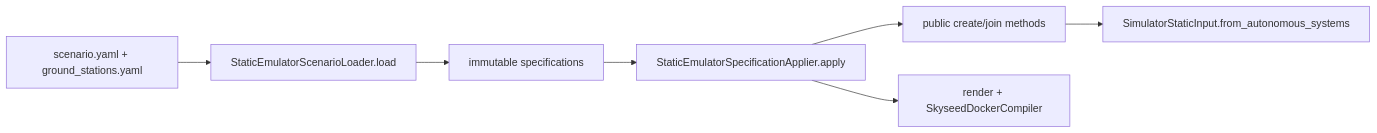
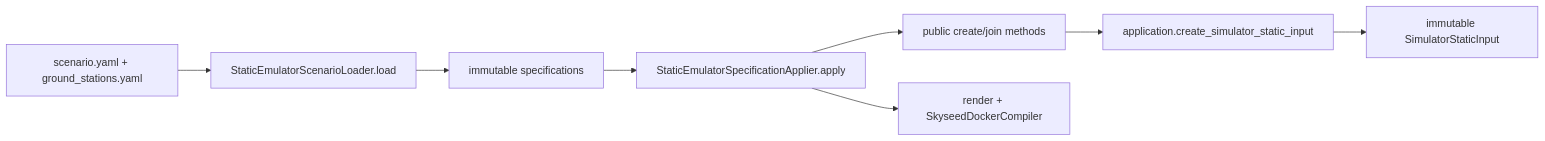
One commit to seed-labs/skyseed changed the fifth of 7 diagrams in skyseed_v2/docs/architecture/diagrams.md. Above: the diagram before and after it, drawn with Mermaid. The commit also changed other lines of this file and 47 other files, not shown here.

Commit message:
Keep Simulator static inputs independent from Emulator integration

````diff
--- a/skyseed_v2/docs/architecture/diagrams.md
+++ b/skyseed_v2/docs/architecture/diagrams.md
@@ -103,10 +109,11 @@
 ```mermaid
 flowchart LR
     YAML[scenario.yaml + ground_stations.yaml]
     YAML --> L[StaticEmulatorScenarioLoader.load]
     L --> SPEC[immutable specifications]
     SPEC --> APP[StaticEmulatorSpecificationApplier.apply]
     APP --> CREATE[public create/join methods]
-    CREATE --> INPUT[SimulatorStaticInput.from_autonomous_systems]
+    CREATE --> CONVERT[application.create_simulator_static_input]
+    CONVERT --> INPUT[immutable SimulatorStaticInput]
     APP --> COMP[render + SkyseedDockerCompiler]
 ```
````
